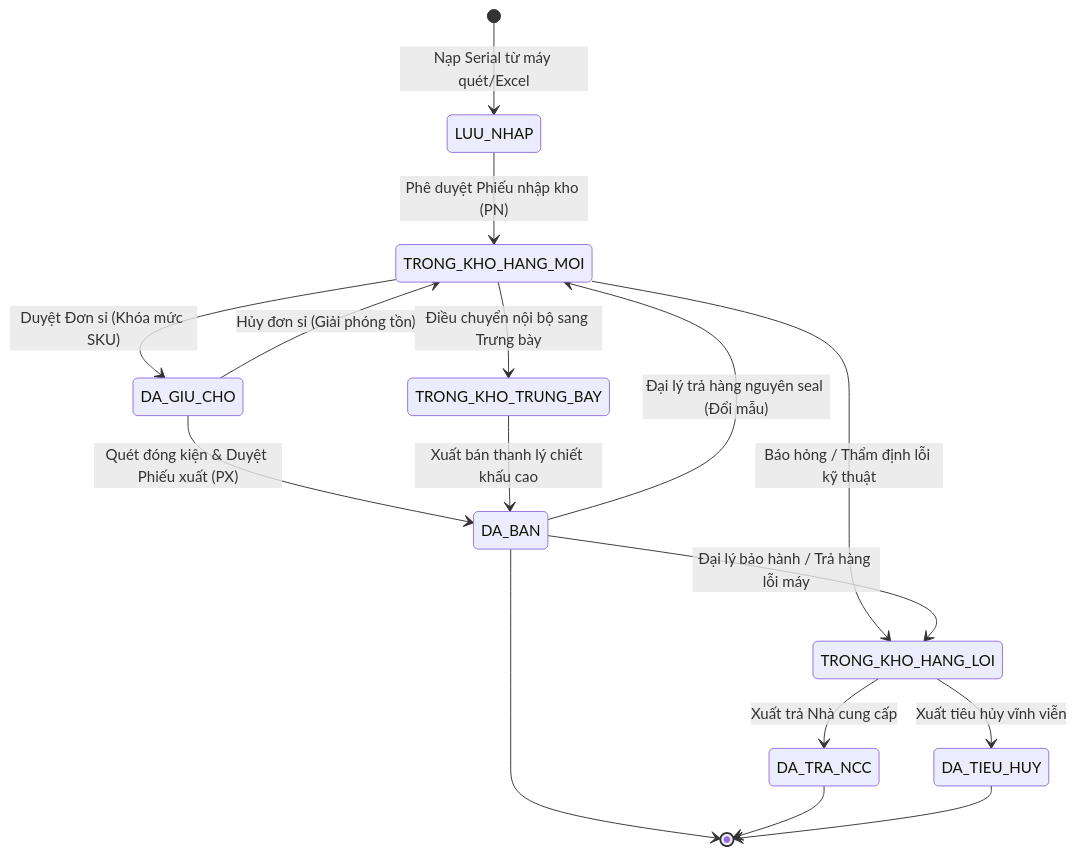
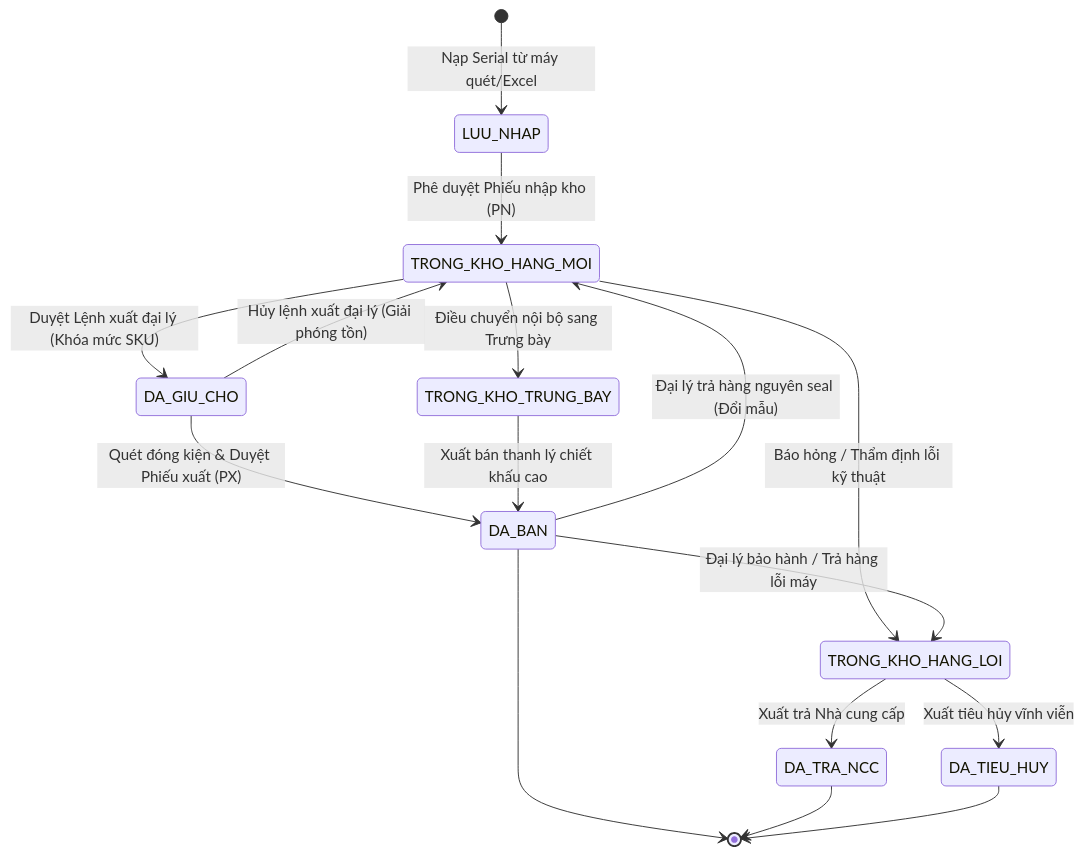
One commit to binh2351220081-ctrl/LapTrinhMang_5AESiuNhan changed the third of 3 diagrams in Document/BAO_CAO_PHAN_TICH_THIET_KE_HE_THONG.md. Above: the diagram before and after it, drawn with Mermaid. The commit also changed other lines of this file and 33 other files, not shown here.

````diff
--- a/Document/BAO_CAO_PHAN_TICH_THIET_KE_HE_THONG.md
+++ b/Document/BAO_CAO_PHAN_TICH_THIET_KE_HE_THONG.md
@@ -330,23 +330,23 @@
 ```mermaid
 stateDiagram-v2
     [*] --> LUU_NHAP: Nạp Serial từ máy quét/Excel
     LUU_NHAP --> TRONG_KHO_HANG_MOI: Phê duyệt Phiếu nhập kho (PN)
     
-    TRONG_KHO_HANG_MOI --> DA_GIU_CHO: Duyệt Đơn sỉ (Khóa mức SKU)
-    DA_GIU_CHO --> TRONG_KHO_HANG_MOI: Hủy đơn sỉ (Giải phóng tồn)
+    TRONG_KHO_HANG_MOI --> DA_GIU_CHO: Duyệt Lệnh xuất đại lý (Khóa mức SKU)
+    DA_GIU_CHO --> TRONG_KHO_HANG_MOI: Hủy lệnh xuất đại lý (Giải phóng tồn)
     
     DA_GIU_CHO --> DA_BAN: Quét đóng kiện & Duyệt Phiếu xuất (PX)
     TRONG_KHO_HANG_MOI --> TRONG_KHO_TRUNG_BAY: Điều chuyển nội bộ sang Trưng bày
     TRONG_KHO_HANG_MOI --> TRONG_KHO_HANG_LOI: Báo hỏng / Thẩm định lỗi kỹ thuật
     
     DA_BAN --> TRONG_KHO_HANG_MOI: Đại lý trả hàng nguyên seal (Đổi mẫu)
     DA_BAN --> TRONG_KHO_HANG_LOI: Đại lý bảo hành / Trả hàng lỗi máy
     
     TRONG_KHO_HANG_LOI --> DA_TRA_NCC: Xuất trả Nhà cung cấp
     TRONG_KHO_HANG_LOI --> DA_TIEU_HUY: Xuất tiêu hủy vĩnh viễn
     TRONG_KHO_TRUNG_BAY --> DA_BAN: Xuất bán thanh lý chiết khấu cao
     
     DA_BAN --> [*]
     DA_TRA_NCC --> [*]
     DA_TIEU_HUY --> [*]
 ```
````
